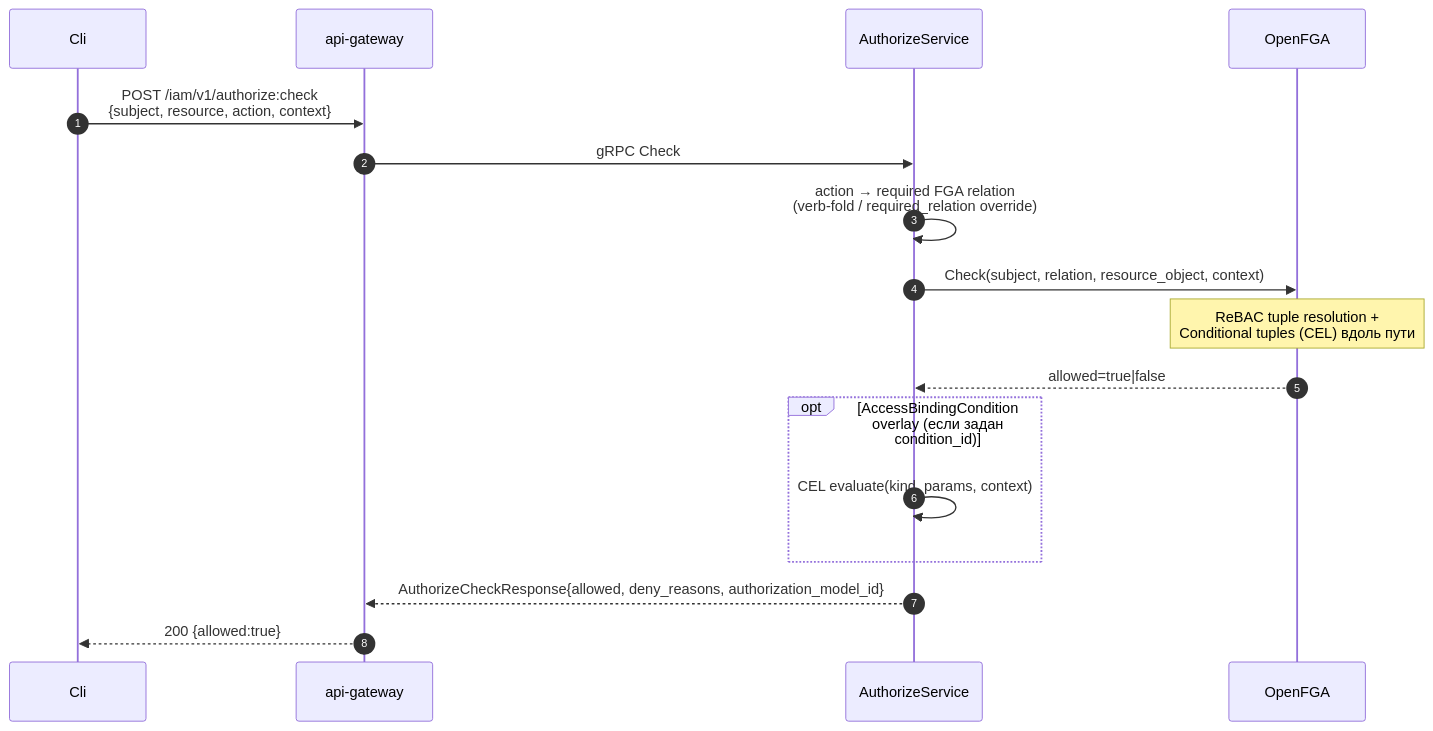
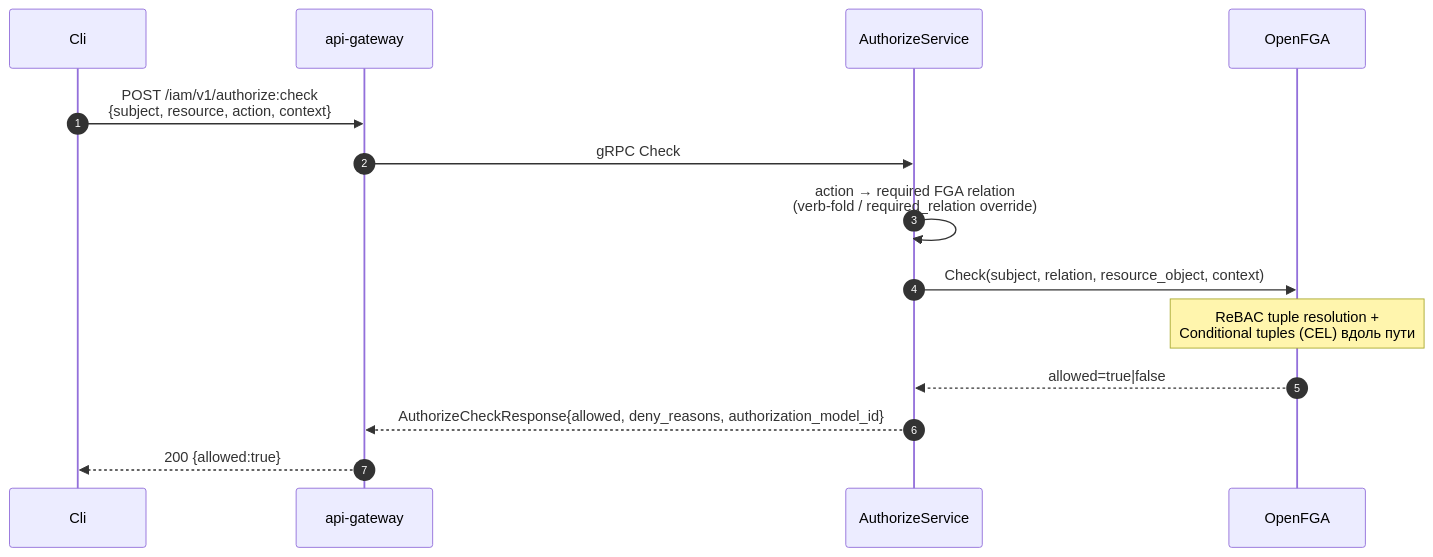
Before and after one commit to PRO-Robotech/kacho: the diagram in services/iam/docs/components/19-authorize.md, drawn with Mermaid. The commit also changed 100 other files, not shown here.

````diff
--- a/services/iam/docs/components/19-authorize.md
+++ b/services/iam/docs/components/19-authorize.md
@@ -82,20 +82,17 @@
 ```mermaid
 sequenceDiagram
     autonumber
     participant Cli
     participant GW as api-gateway
     participant IAM as AuthorizeService
     participant FGA as OpenFGA
 
     Cli->>GW: POST /iam/v1/authorize:check<br/>{subject, resource, action, context}
     GW->>IAM: gRPC Check
     IAM->>IAM: action → required FGA relation<br/>(verb-fold / required_relation override)
     IAM->>FGA: Check(subject, relation, resource_object, context)
     Note over FGA: ReBAC tuple resolution +<br/>Conditional tuples (CEL) вдоль пути
     FGA-->>IAM: allowed=true|false
-    opt AccessBindingCondition overlay (если задан condition_id)
-        IAM->>IAM: CEL evaluate(kind, params, context)
-    end
     IAM-->>GW: AuthorizeCheckResponse{allowed, deny_reasons, authorization_model_id}
     GW-->>Cli: 200 {allowed:true}
 ```
````
